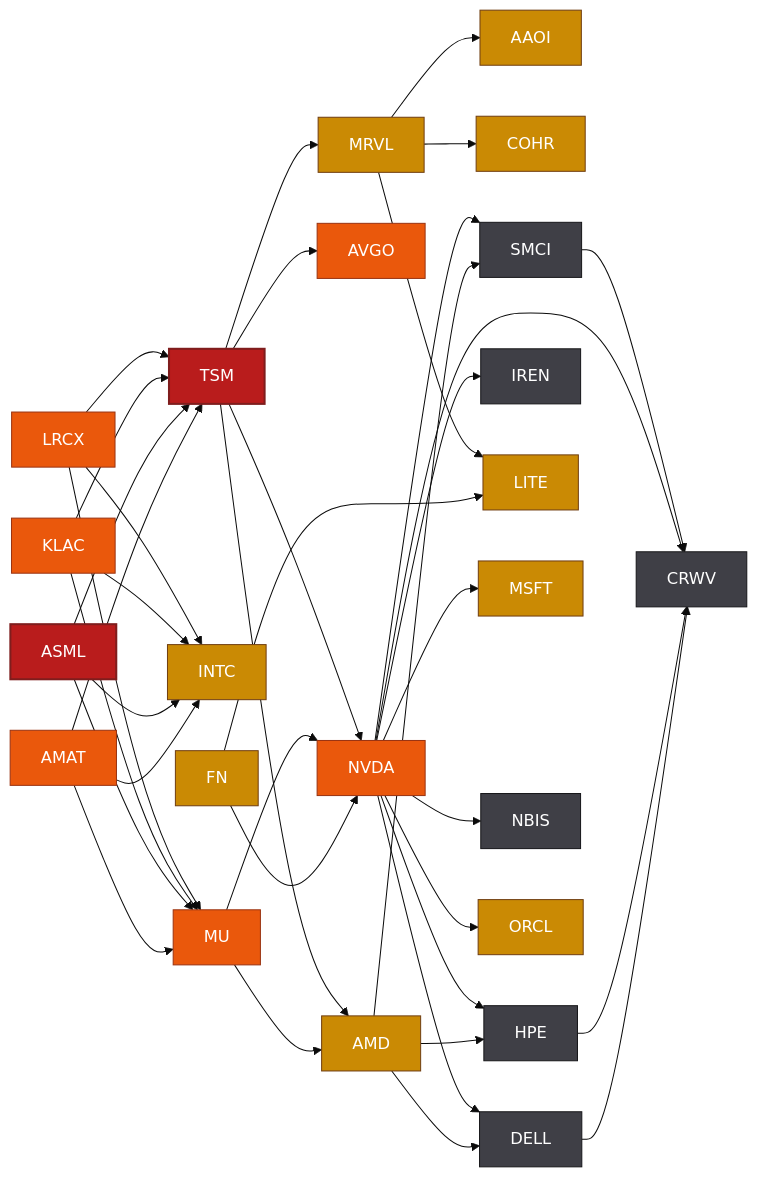
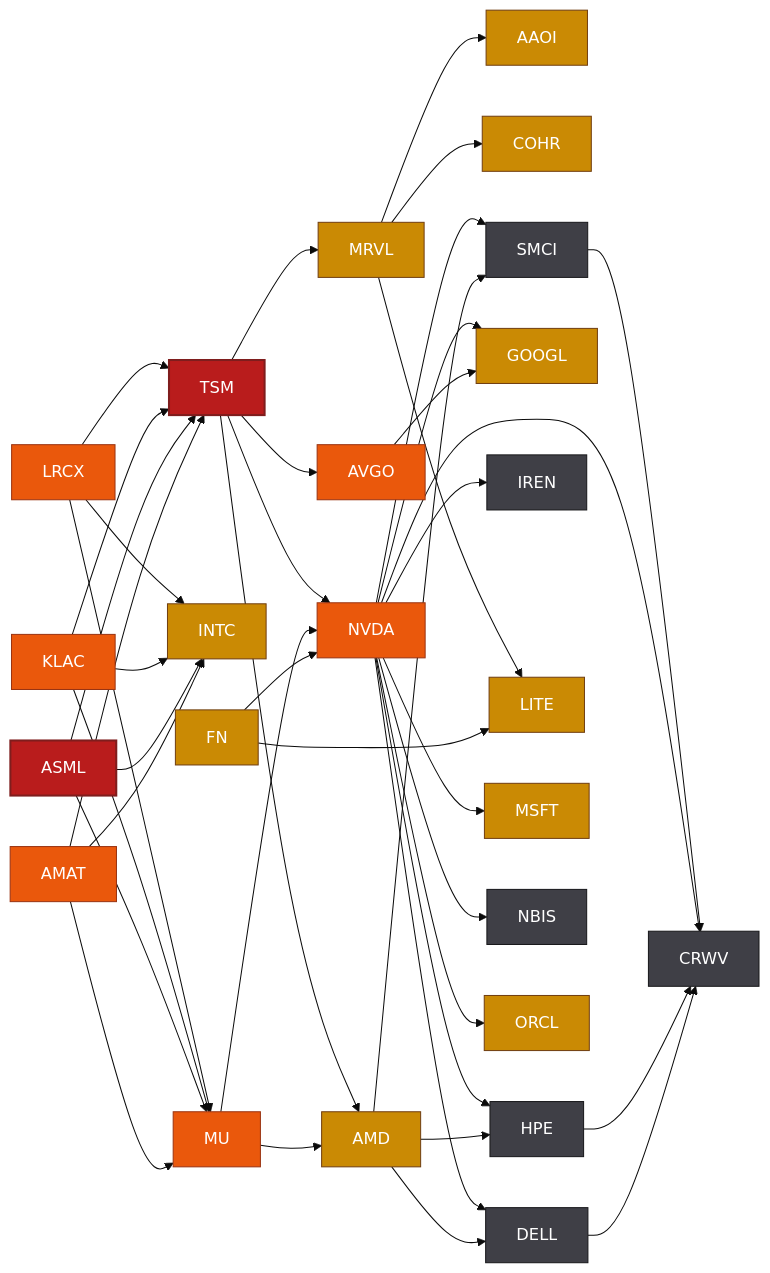
Before and after one commit to Ali0600/stocks-vault: the diagram in Maps/AI Supply Chain.md, drawn with Mermaid (base theme). The commit also changed other lines of this file and 13 other files, not shown here.

````diff
--- a/Maps/AI Supply Chain.md
+++ b/Maps/AI Supply Chain.md
@@ -74,68 +74,71 @@
 ```mermaid
 graph LR
   classDef extreme fill:#b91c1c,color:#fff,stroke:#7f1d1d,stroke-width:2px;
   classDef high fill:#ea580c,color:#fff,stroke:#9a3412;
   classDef medium fill:#ca8a04,color:#fff,stroke:#713f12;
   classDef low fill:#3f3f46,color:#fff,stroke:#18181b;
   classDef none fill:#52525b,color:#fff,stroke:#27272a;
   AAOI[AAOI]:::medium
   AMAT[AMAT]:::high
   AMD[AMD]:::medium
   ASML[ASML]:::extreme
   AVGO[AVGO]:::high
   COHR[COHR]:::medium
   CRWV[CRWV]:::low
   DELL[DELL]:::low
   FN[FN]:::medium
+  GOOGL[GOOGL]:::medium
   HPE[HPE]:::low
   INTC[INTC]:::medium
   IREN[IREN]:::low
   KLAC[KLAC]:::high
   LITE[LITE]:::medium
   LRCX[LRCX]:::high
   MRVL[MRVL]:::medium
   MSFT[MSFT]:::medium
   MU[MU]:::high
   NBIS[NBIS]:::low
   NVDA[NVDA]:::high
   ORCL[ORCL]:::medium
   SMCI[SMCI]:::low
   TSM[TSM]:::extreme
   AMAT --> INTC
   AMAT --> MU
   AMAT --> TSM
   AMD --> DELL
   AMD --> HPE
   AMD --> SMCI
   ASML --> INTC
   ASML --> MU
   ASML --> TSM
+  AVGO --> GOOGL
   DELL --> CRWV
   FN --> LITE
   FN --> NVDA
   HPE --> CRWV
   KLAC --> INTC
   KLAC --> MU
   KLAC --> TSM
   LRCX --> INTC
   LRCX --> MU
   LRCX --> TSM
   MRVL --> AAOI
   MRVL --> COHR
   MRVL --> LITE
   MU --> AMD
   MU --> NVDA
   NVDA --> CRWV
   NVDA --> DELL
+  NVDA --> GOOGL
   NVDA --> HPE
   NVDA --> IREN
   NVDA --> MSFT
   NVDA --> NBIS
   NVDA --> ORCL
   NVDA --> SMCI
   SMCI --> CRWV
   TSM --> AMD
   TSM --> AVGO
   TSM --> MRVL
   TSM --> NVDA
 ```
````
